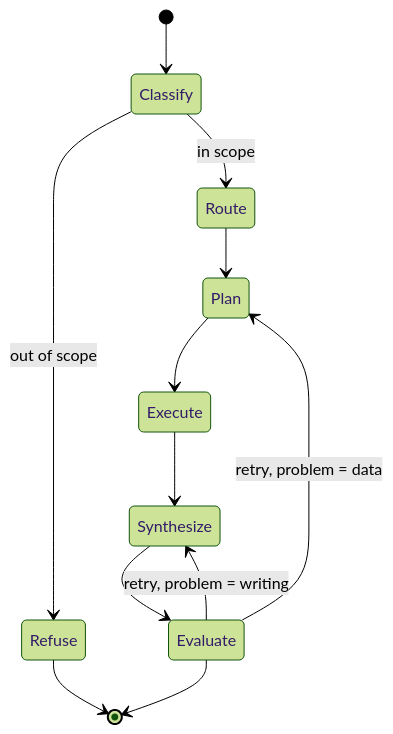
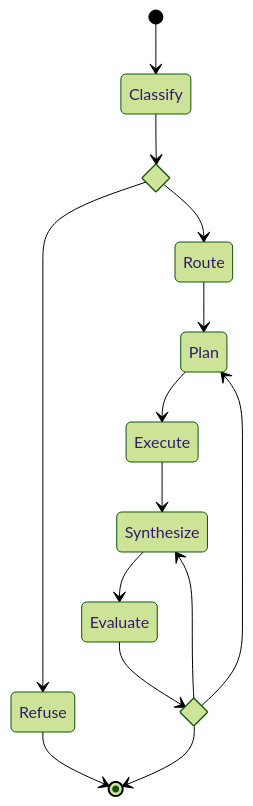
One commit to ukceh-rse/serka changed the diagram in README.md. Above: the diagram before and after it, drawn with Mermaid (forest theme). The commit also changed other lines of this file, not shown here.

Commit message:
docs: condense the chat pipeline overview around the rendered graph

````diff
--- a/README.md
+++ b/README.md
@@ -50,14 +50,26 @@
 ```mermaid
 stateDiagram-v2
+  Classify
+  state decision <<choice>>
+  Refuse
+  Route
+  Plan
+  Execute
+  Synthesize
+  Evaluate
+  state decision_2 <<choice>>
+
   [*] --> Classify
-  Classify --> Refuse: out of scope
-  Classify --> Route: in scope
+  Classify --> decision
+  decision --> Refuse
+  decision --> Route
   Refuse --> [*]
   Route --> Plan
   Plan --> Execute
   Execute --> Synthesize
   Synthesize --> Evaluate
-  Evaluate --> Plan: retry, problem = data
-  Evaluate --> Synthesize: retry, problem = writing
-  Evaluate --> [*]
+  Evaluate --> decision_2
+  decision_2 --> Plan
+  decision_2 --> [*]
+  decision_2 --> Synthesize
 ```
````
